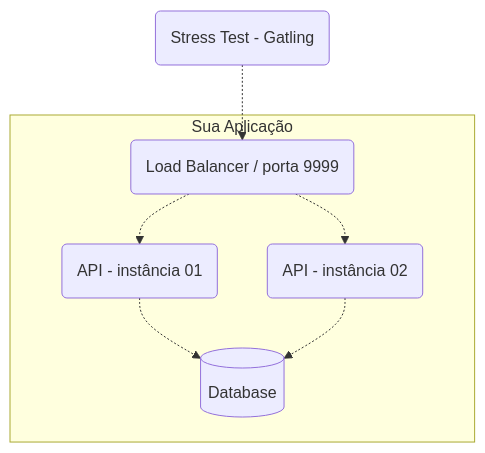
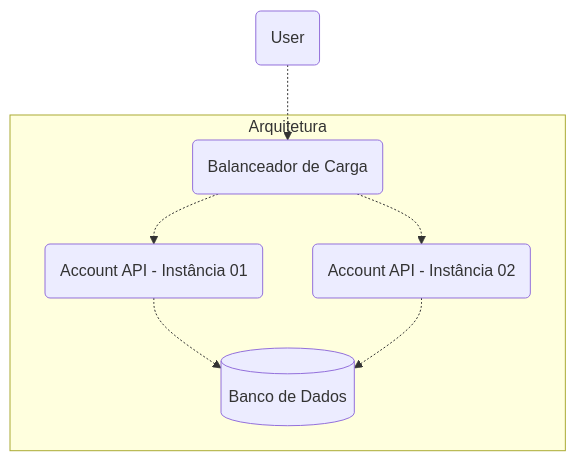
One commit to lucsalm/account-api changed the diagram in README-pt-BR.md. Above: the diagram before and after it, drawn with Mermaid. The commit also changed 1 other file, not shown here.

Commit message:
Updating Achitecture in README

````diff
--- a/README-pt-BR.md
+++ b/README-pt-BR.md
@@ -20,10 +20,10 @@
 ```mermaid
 flowchart TD
-    G(Stress Test - Gatling) -.-> LB(Load Balancer / porta 9999)
-    subgraph Sua Aplicação
-        LB -.-> API1(API - instância 01)
-        LB -.-> API2(API - instância 02)
-        API1 -.-> Db[(Database)]
-        API2 -.-> Db[(Database)]
+    G(User) -.-> LB(Balanceador de Carga)
+    subgraph Arquitetura
+        LB -.-> API1(Account API - Instância 01)
+        LB -.-> API2(Account API - Instância 02)
+        API1 -.-> Db[(Banco de Dados)]
+        API2 -.-> Db[(Banco de Dados)]
     end
 ```
````
